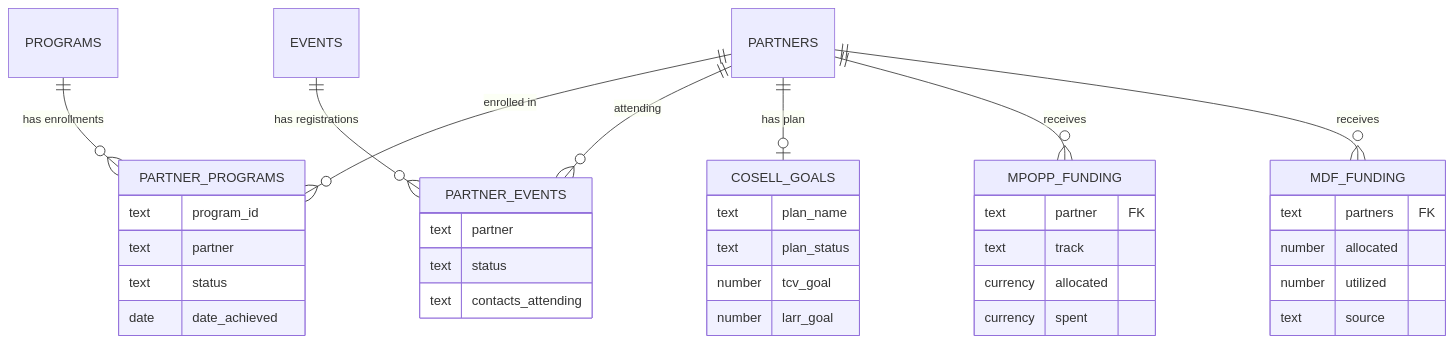
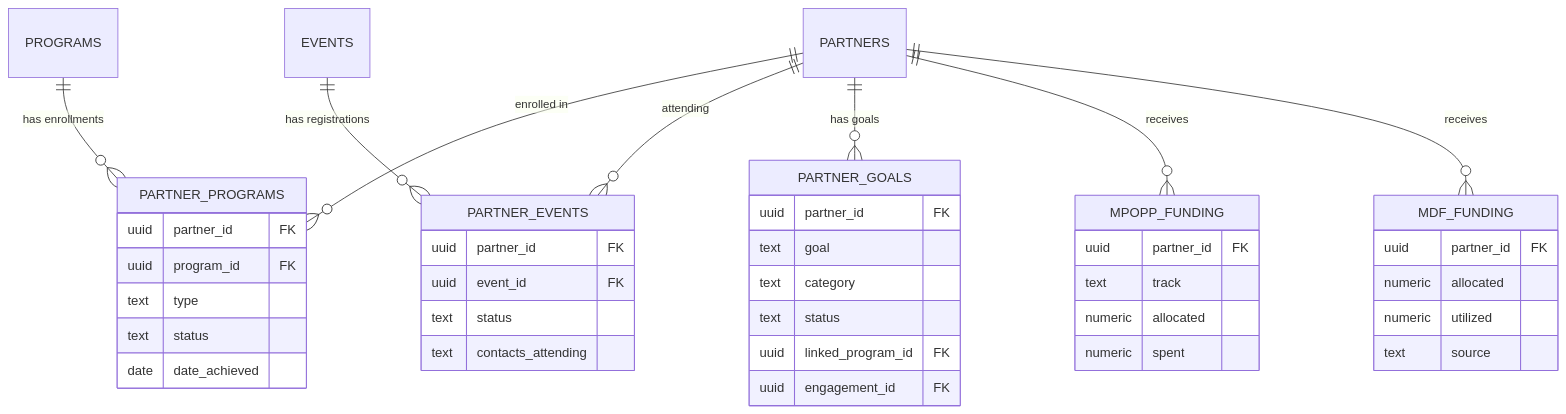
The fifth of 5 diagrams in docs/entity-model.md (zingozingo/roadrunner), drawn with Mermaid before and after one commit. The commit also changed other lines of this file and 3 other files, not shown here.

````diff
--- a/docs/entity-model.md
+++ b/docs/entity-model.md
@@ -724,40 +723,44 @@
 ```mermaid
 erDiagram
     PARTNERS ||--o{ PARTNER_PROGRAMS : "enrolled in"
     PROGRAMS ||--o{ PARTNER_PROGRAMS : "has enrollments"
     PARTNERS ||--o{ PARTNER_EVENTS : "attending"
     EVENTS ||--o{ PARTNER_EVENTS : "has registrations"
-    PARTNERS ||--o| COSELL_GOALS : "has plan"
+    PARTNERS ||--o{ PARTNER_GOALS : "has goals"
     PARTNERS ||--o{ MPOPP_FUNDING : "receives"
     PARTNERS ||--o{ MDF_FUNDING : "receives"
 
     PARTNER_PROGRAMS {
-        text program_id
-        text partner
+        uuid partner_id FK
+        uuid program_id FK
+        text type
         text status
         date date_achieved
     }
     PARTNER_EVENTS {
-        text partner
+        uuid partner_id FK
+        uuid event_id FK
         text status
         text contacts_attending
     }
-    COSELL_GOALS {
-        text plan_name
-        text plan_status
-        number tcv_goal
-        number larr_goal
+    PARTNER_GOALS {
+        uuid partner_id FK
+        text goal
+        text category
+        text status
+        uuid linked_program_id FK
+        uuid engagement_id FK
     }
     MPOPP_FUNDING {
-        text partner FK
+        uuid partner_id FK
         text track
-        currency allocated
-        currency spent
+        numeric allocated
+        numeric spent
     }
     MDF_FUNDING {
-        text partners FK
-        number allocated
-        number utilized
+        uuid partner_id FK
+        numeric allocated
+        numeric utilized
         text source
     }
 ```
````
